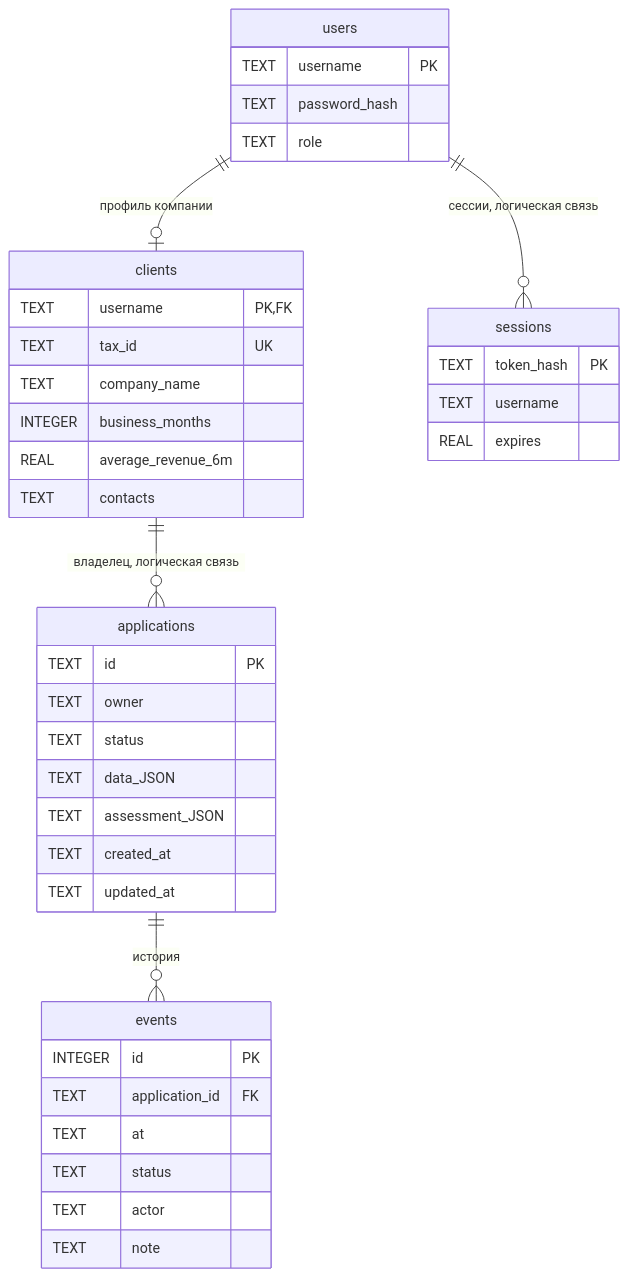
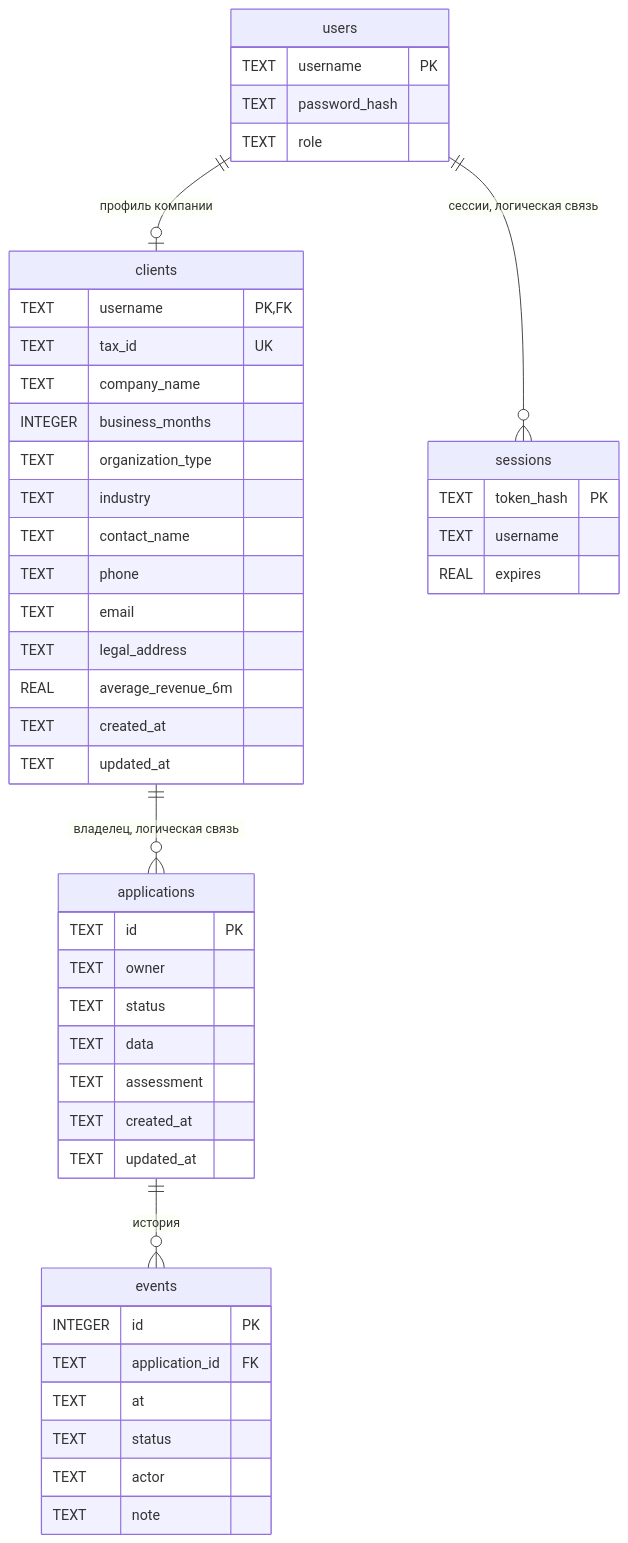
One commit to EvGeniy0505/alpha_hackathon changed the third of 3 diagrams in docs/ARCHITECTURE.md. Above: the diagram before and after it, drawn with Mermaid. The commit also changed other lines of this file and 10 other files, not shown here.

````diff
--- a/docs/ARCHITECTURE.md
+++ b/docs/ARCHITECTURE.md
@@ -84,42 +84,49 @@
 ```mermaid
 erDiagram
     users ||--o| clients : "профиль компании"
     users ||--o{ sessions : "сессии, логическая связь"
     clients ||--o{ applications : "владелец, логическая связь"
     applications ||--o{ events : "история"
     users {
         TEXT username PK
         TEXT password_hash
         TEXT role
     }
     clients {
         TEXT username PK,FK
         TEXT tax_id UK
         TEXT company_name
         INTEGER business_months
+        TEXT organization_type
+        TEXT industry
+        TEXT contact_name
+        TEXT phone
+        TEXT email
+        TEXT legal_address
         REAL average_revenue_6m
-        TEXT contacts
+        TEXT created_at
+        TEXT updated_at
     }
     applications {
         TEXT id PK
         TEXT owner
         TEXT status
-        TEXT data_JSON
-        TEXT assessment_JSON
+        TEXT data
+        TEXT assessment
         TEXT created_at
         TEXT updated_at
     }
     events {
         INTEGER id PK
         TEXT application_id FK
         TEXT at
         TEXT status
         TEXT actor
         TEXT note
     }
     sessions {
         TEXT token_hash PK
         TEXT username
         REAL expires
     }
 ```
````
